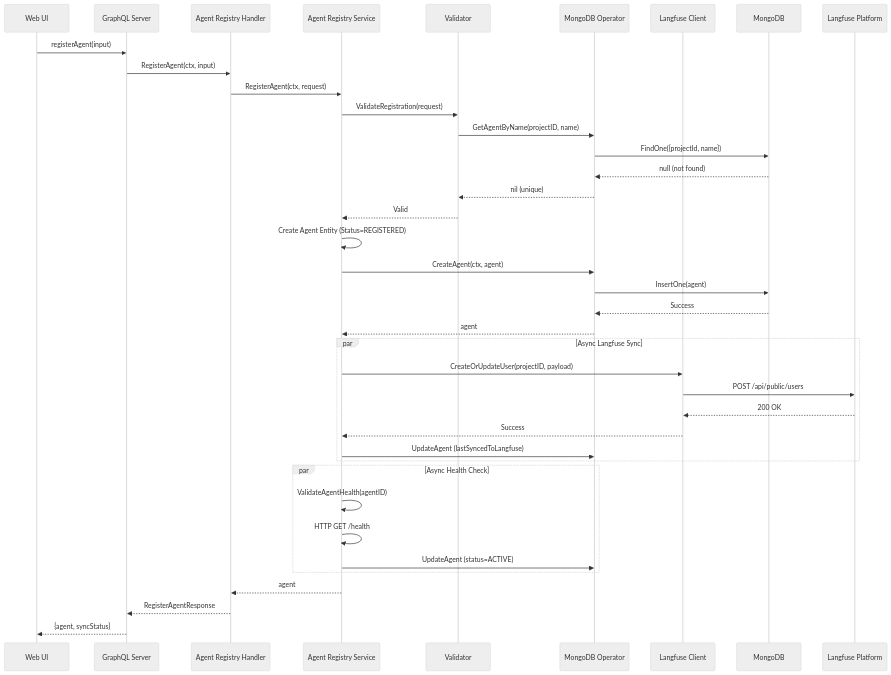
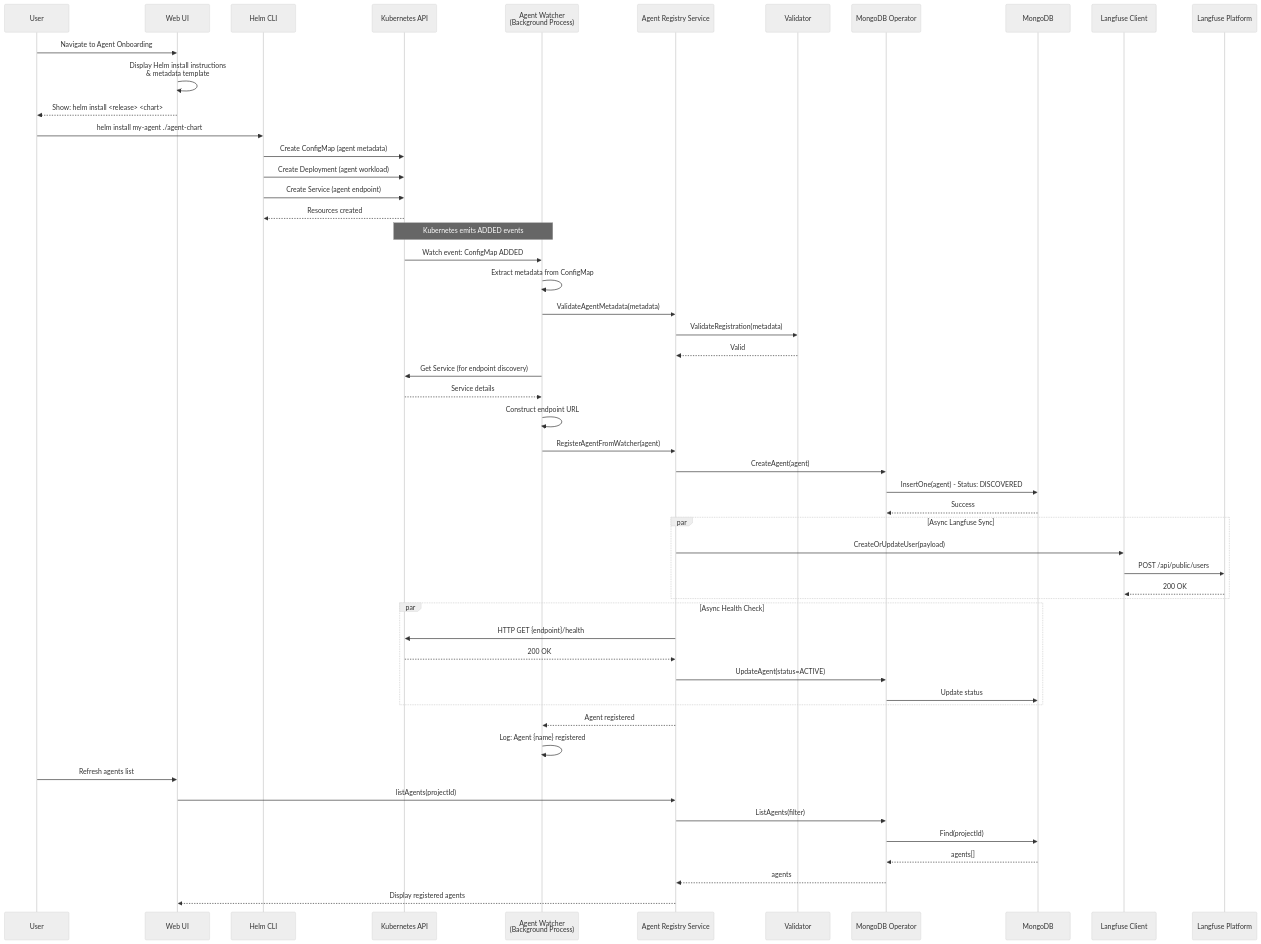
The second of 5 diagrams in specs/design/Feature_Agent_Registry_Service.md (AgentCert/AgentCert), drawn with Mermaid (neutral theme) before and after one commit. The commit also changed other lines of this file and 1 other file, not shown here.

Commit message:
feat(agent-onboarding): Updated design and implementation plan to support helm chart based onboarding

````diff
--- a/specs/design/Feature_Agent_Registry_Service.md
+++ b/specs/design/Feature_Agent_Registry_Service.md
@@ -1309,47 +1755,65 @@
 ```mermaid
 sequenceDiagram
+    participant User as User
     participant UI as Web UI
-    participant GQL as GraphQL Server
-    participant Handler as Agent Registry Handler
+    participant Helm as Helm CLI
+    participant K8s as Kubernetes API
+    participant Watcher as Agent Watcher<br/>(Background Process)
     participant Service as Agent Registry Service
     participant Validator as Validator
     participant Operator as MongoDB Operator
+    participant DB as MongoDB
     participant LF as Langfuse Client
-    participant DB as MongoDB
     participant Langfuse as Langfuse Platform
 
-    UI->>GQL: registerAgent(input)
-    GQL->>Handler: RegisterAgent(ctx, input)
-    Handler->>Service: RegisterAgent(ctx, request)
+    User->>UI: Navigate to Agent Onboarding
+    UI->>UI: Display Helm install instructions<br/>& metadata template
+    UI-->>User: Show: helm install <release> <chart>
     
-    Service->>Validator: ValidateRegistration(request)
-    Validator->>Operator: GetAgentByName(projectID, name)
-    Operator->>DB: FindOne({projectId, name})
-    DB-->>Operator: null (not found)
-    Operator-->>Validator: nil (unique)
+    User->>Helm: helm install my-agent ./agent-chart
+    Helm->>K8s: Create ConfigMap (agent metadata)
+    Helm->>K8s: Create Deployment (agent workload)
+    Helm->>K8s: Create Service (agent endpoint)
+    K8s-->>Helm: Resources created
+    
+    Note over K8s,Watcher: Kubernetes emits ADDED events
+    
+    K8s->>Watcher: Watch event: ConfigMap ADDED
+    Watcher->>Watcher: Extract metadata from ConfigMap
+    Watcher->>Service: ValidateAgentMetadata(metadata)
+    Service->>Validator: ValidateRegistration(metadata)
     Validator-->>Service: Valid
     
-    Service->>Service: Create Agent Entity (Status=REGISTERED)
-    Service->>Operator: CreateAgent(ctx, agent)
-    Operator->>DB: InsertOne(agent)
+    Watcher->>K8s: Get Service (for endpoint discovery)
+    K8s-->>Watcher: Service details
+    Watcher->>Watcher: Construct endpoint URL
+    
+    Watcher->>Service: RegisterAgentFromWatcher(agent)
+    Service->>Operator: CreateAgent(agent)
+    Operator->>DB: InsertOne(agent) - Status: DISCOVERED
     DB-->>Operator: Success
-    Operator-->>Service: agent
     
     par Async Langfuse Sync
-        Service->>LF: CreateOrUpdateUser(projectID, payload)
+        Service->>LF: CreateOrUpdateUser(payload)
         LF->>Langfuse: POST /api/public/users
         Langfuse-->>LF: 200 OK
-        LF-->>Service: Success
-        Service->>Operator: UpdateAgent (lastSyncedToLangfuse)
     end
     
     par Async Health Check
-        Service->>Service: ValidateAgentHealth(agentID)
-        Service->>Service: HTTP GET /health
-        Service->>Operator: UpdateAgent (status=ACTIVE)
+        Service->>K8s: HTTP GET {endpoint}/health
+        K8s-->>Service: 200 OK
+        Service->>Operator: UpdateAgent(status=ACTIVE)
+        Operator->>DB: Update status
     end
     
-    Service-->>Handler: agent
-    Handler-->>GQL: RegisterAgentResponse
-    GQL-->>UI: {agent, syncStatus}
+    Service-->>Watcher: Agent registered
+    Watcher->>Watcher: Log: Agent {name} registered
+    
+    User->>UI: Refresh agents list
+    UI->>Service: listAgents(projectId)
+    Service->>Operator: ListAgents(filter)
+    Operator->>DB: Find(projectId)
+    DB-->>Operator: agents[]
+    Operator-->>Service: agents
+    Service-->>UI: Display registered agents
 ```
````
